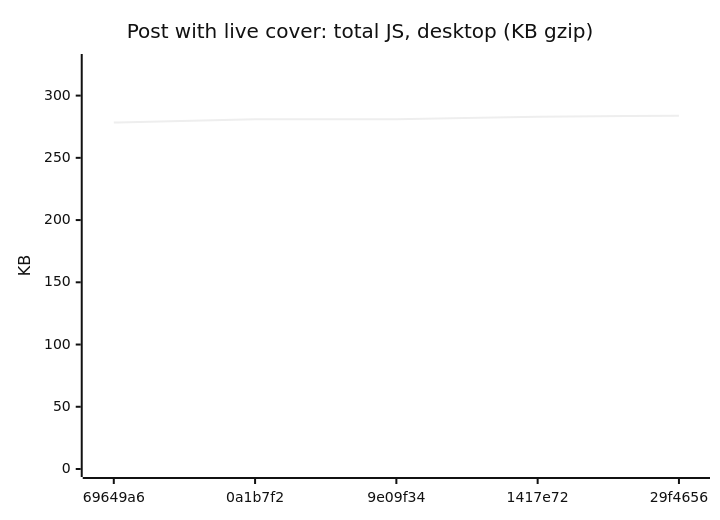
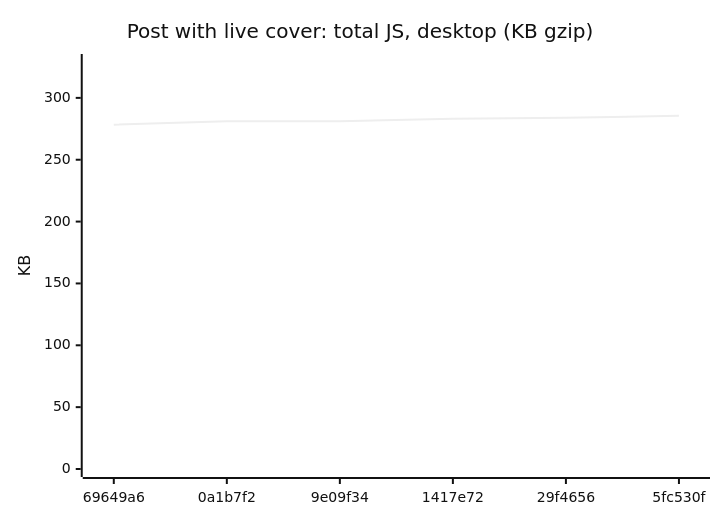
One commit to AxelUser/maltsev.space changed diagram 13 of 18 in README.md. Above: the diagram before and after it, drawn with Mermaid (neutral theme). The commit also changed other lines of this file and 1 other file, not shown here.

````diff
--- a/README.md
+++ b/README.md
@@ -143,7 +143,7 @@
 ```mermaid
 xychart-beta
   title "Post with live cover: total JS, desktop (KB gzip)"
-  x-axis ["69649a6", "0a1b7f2", "9e09f34", "1417e72", "29f4656"]
-  y-axis "KB" 0 --> 327
-  line [278.3, 281.1, 281.1, 283.1, 283.9]
+  x-axis ["69649a6", "0a1b7f2", "9e09f34", "1417e72", "29f4656", "5fc530f"]
+  y-axis "KB" 0 --> 329
+  line [278.3, 281.1, 281.1, 283.1, 283.9, 285.5]
 ```
````
